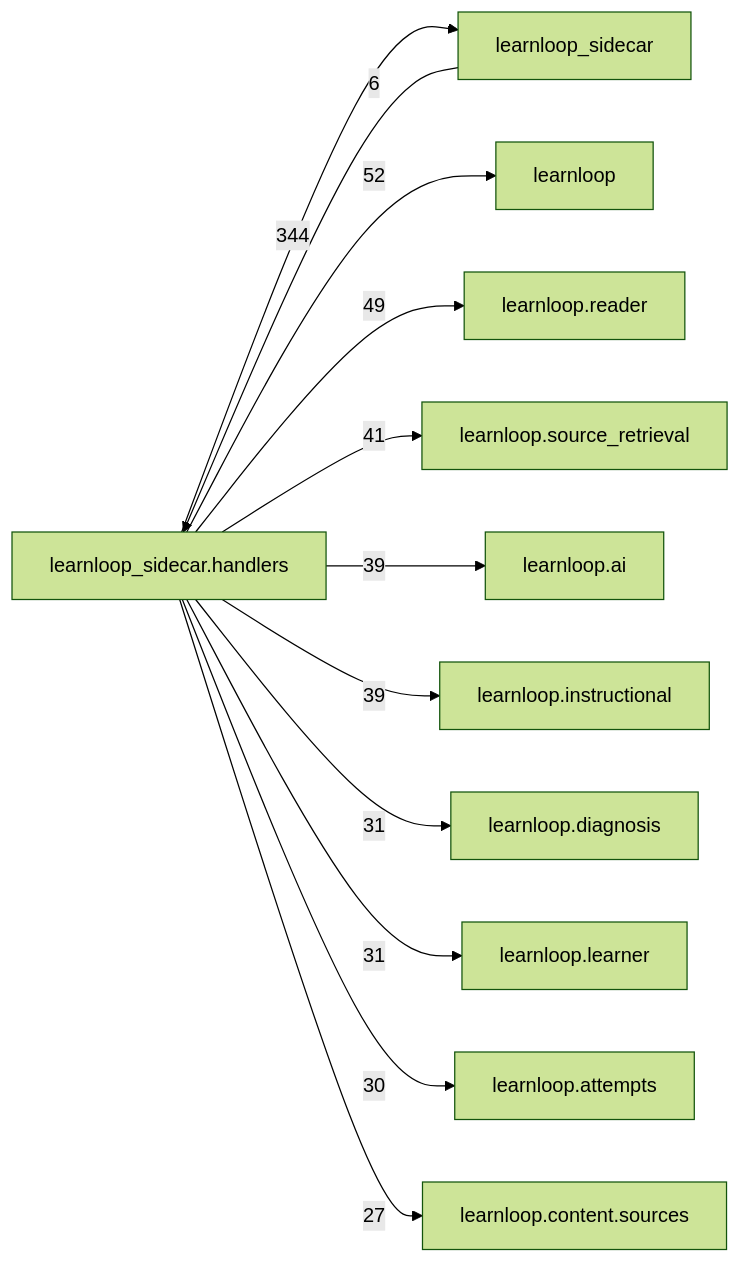
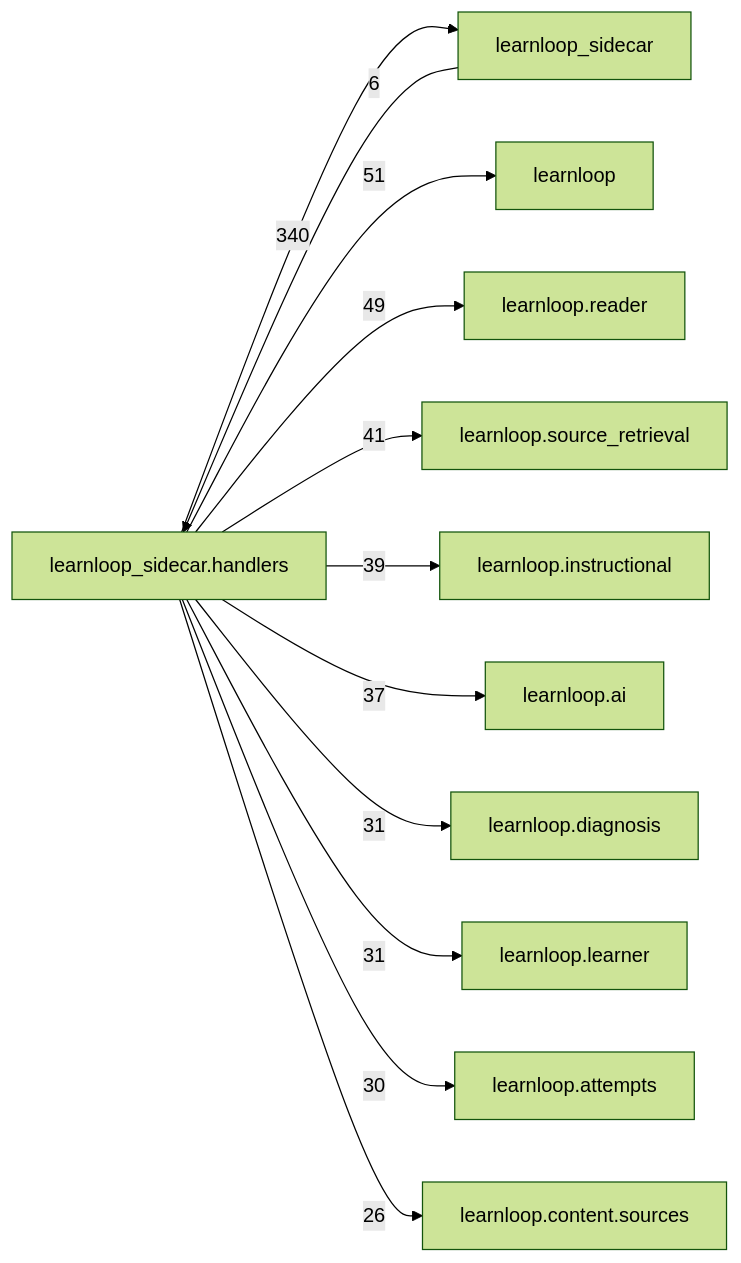
Before and after one commit to 6up-b/learnanything: the diagram in docs/learnloop-architecture-vault/Reference/Modules/learnloop_sidecar/handlers/_package.md, drawn with Mermaid (forest theme). The commit also changed other lines of this file and 122 other files, not shown here.

````diff
--- a/docs/learnloop-architecture-vault/Reference/Modules/learnloop_sidecar/handlers/_package.md
+++ b/docs/learnloop-architecture-vault/Reference/Modules/learnloop_sidecar/handlers/_package.md
@@ -270,25 +268,25 @@
 ```mermaid
 flowchart LR
     center["learnloop_sidecar.handlers"]
     n_learnloop_sidecar["learnloop_sidecar"]
     n_learnloop["learnloop"]
     n_learnloop_reader["learnloop.reader"]
     n_learnloop_source_retrieval["learnloop.source_retrieval"]
+    n_learnloop_instructional["learnloop.instructional"]
     n_learnloop_ai["learnloop.ai"]
-    n_learnloop_instructional["learnloop.instructional"]
     n_learnloop_diagnosis["learnloop.diagnosis"]
     n_learnloop_learner["learnloop.learner"]
     n_learnloop_attempts["learnloop.attempts"]
     n_learnloop_content_sources["learnloop.content.sources"]
     n_learnloop_sidecar -->|6| center
-    center -->|344| n_learnloop_sidecar
-    center -->|52| n_learnloop
+    center -->|340| n_learnloop_sidecar
+    center -->|51| n_learnloop
     center -->|49| n_learnloop_reader
     center -->|41| n_learnloop_source_retrieval
-    center -->|39| n_learnloop_ai
     center -->|39| n_learnloop_instructional
+    center -->|37| n_learnloop_ai
     center -->|31| n_learnloop_diagnosis
     center -->|31| n_learnloop_learner
     center -->|30| n_learnloop_attempts
-    center -->|27| n_learnloop_content_sources
+    center -->|26| n_learnloop_content_sources
 ```
````
